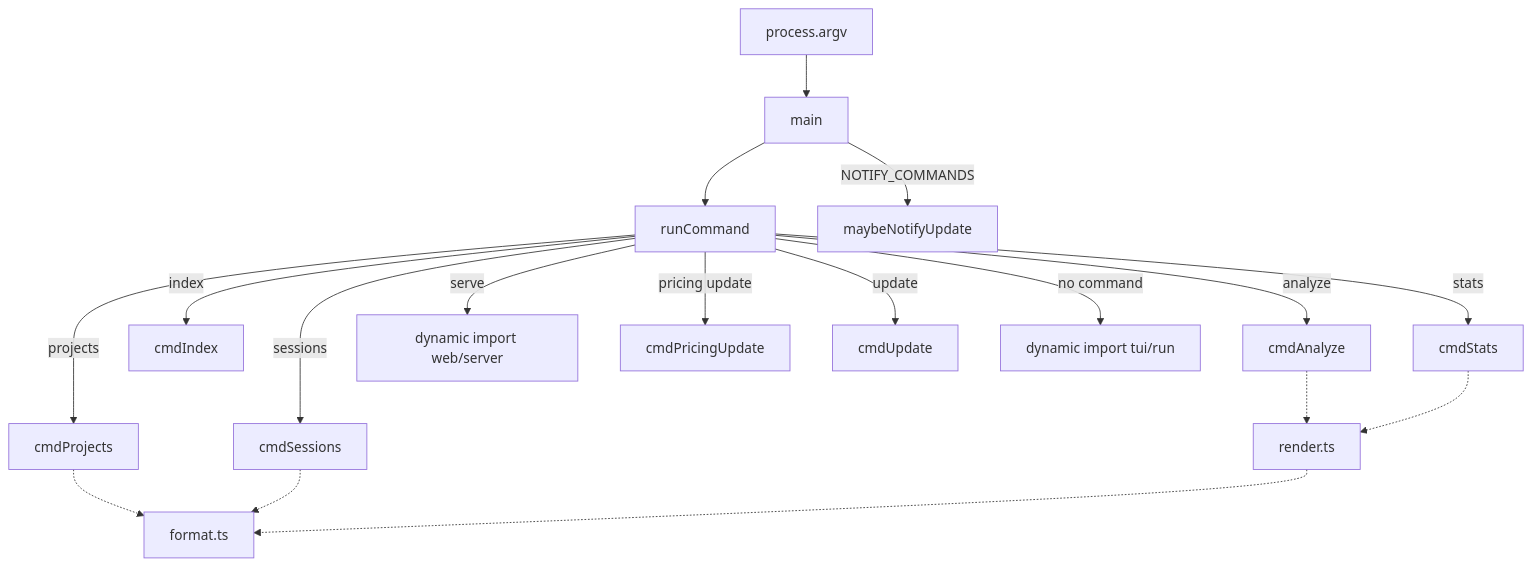
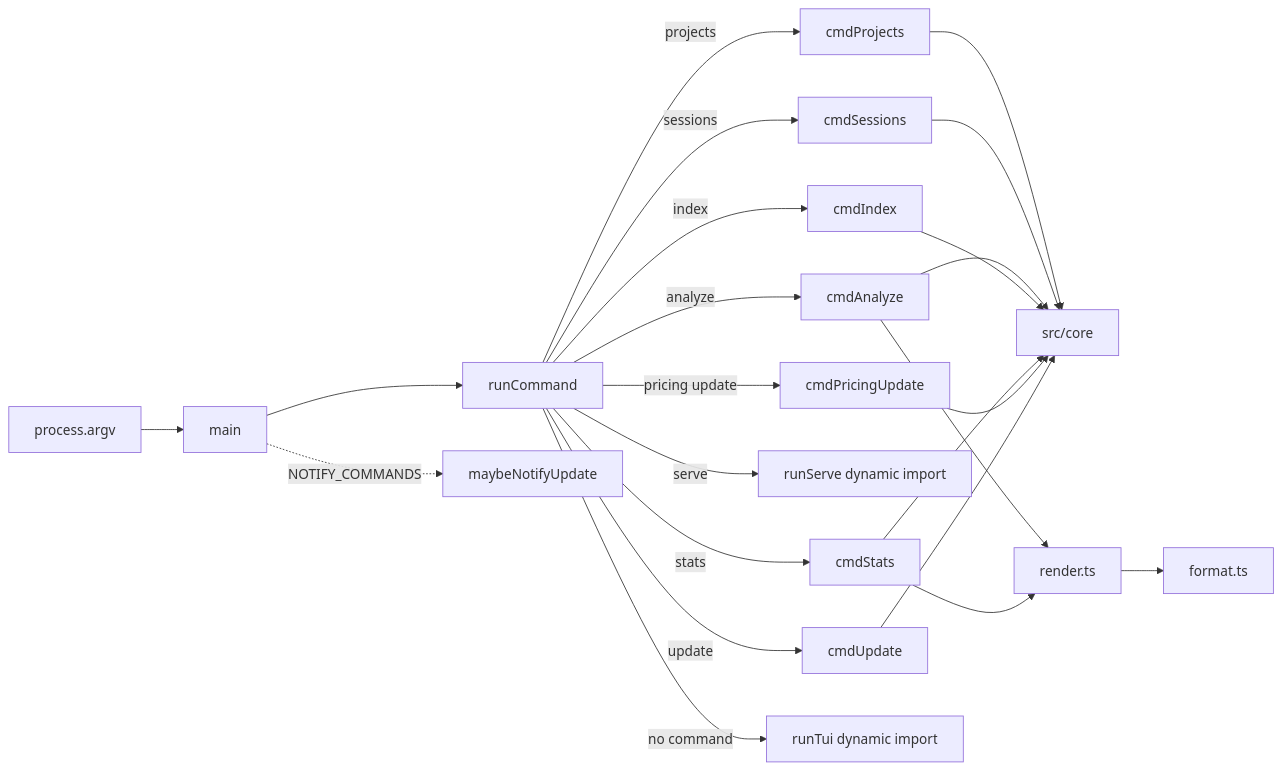
The diagram in wiki/3-cli.md (yorch/cc-analyzer), drawn with Mermaid before and after one commit. The commit also changed other lines of this file and 19 other files, not shown here.

````diff
--- a/wiki/3-cli.md
+++ b/wiki/3-cli.md
@@ -19,21 +19,20 @@
 ```mermaid
-flowchart TD
-    Argv[process.argv] --> Main[main]
-    Main --> Run[runCommand]
-    Run -->|projects| P[cmdProjects]
-    Run -->|sessions| S[cmdSessions]
-    Run -->|analyze| A[cmdAnalyze]
-    Run -->|index| I[cmdIndex]
-    Run -->|stats| St[cmdStats]
-    Run -->|serve| Se[dynamic import web/server]
-    Run -->|pricing update| Pr[cmdPricingUpdate]
-    Run -->|update| U[cmdUpdate]
-    Run -->|no command| T[dynamic import tui/run]
-    Main -->|NOTIFY_COMMANDS| N[maybeNotifyUpdate]
+flowchart LR
+    argv[process.argv] --> main
+    main --> runCommand
+    runCommand -->|projects| cmdProjects
+    runCommand -->|sessions| cmdSessions
+    runCommand -->|analyze| cmdAnalyze
+    runCommand -->|index| cmdIndex
+    runCommand -->|stats| cmdStats
+    runCommand -->|serve| runServe[runServe dynamic import]
+    runCommand -->|pricing update| cmdPricingUpdate
+    runCommand -->|update| cmdUpdate
+    runCommand -->|no command| runTui[runTui dynamic import]
+    main -.NOTIFY_COMMANDS.-> maybeNotifyUpdate
 
-    P -.-> Fmt[format.ts]
-    S -.-> Fmt
-    A -.-> Rnd[render.ts]
-    St -.-> Rnd
-    Rnd -.-> Fmt
+    cmdProjects & cmdSessions & cmdAnalyze & cmdIndex & cmdStats & cmdPricingUpdate & cmdUpdate --> core[src/core]
+    cmdAnalyze --> render[render.ts]
+    cmdStats --> render
+    render --> format[format.ts]
 ```
````
